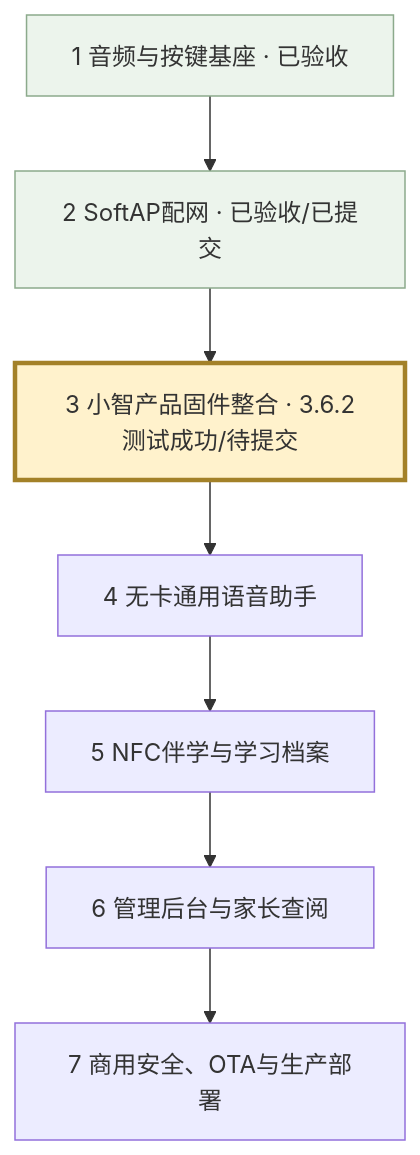
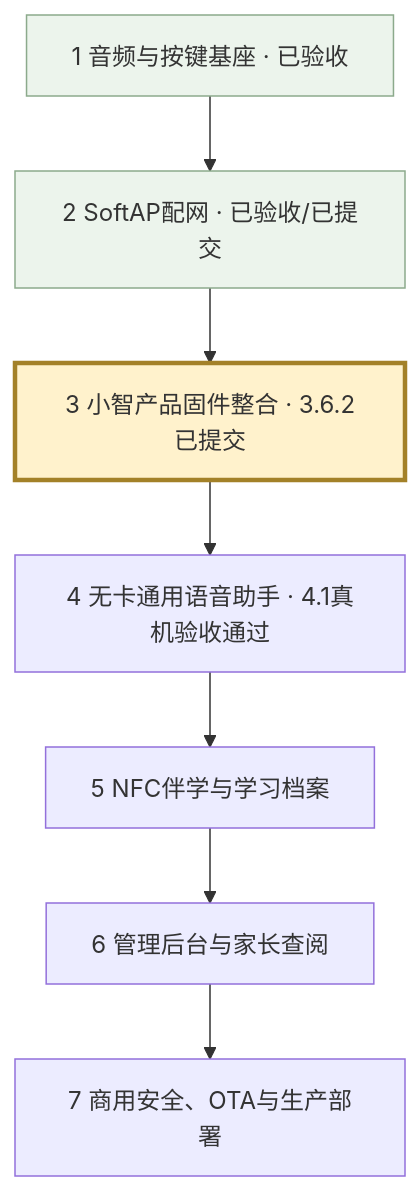
The diagram in stubuddy/firmware/speaker-selftest/DEVELOPMENT-ROADMAP.md (helper15901590/stubuddy), drawn with Mermaid before and after one commit. The commit also changed other lines of this file and 28 other files, not shown here.

````diff
--- a/stubuddy/firmware/speaker-selftest/DEVELOPMENT-ROADMAP.md
+++ b/stubuddy/firmware/speaker-selftest/DEVELOPMENT-ROADMAP.md
@@ -7,12 +7,12 @@
 ```mermaid
 flowchart TB
   A["1 音频与按键基座 · 已验收"] --> B["2 SoftAP配网 · 已验收/已提交"]
-  B --> C["3 小智产品固件整合 · 3.6.2测试成功/待提交"]
-  C --> D["4 无卡通用语音助手"]
+  B --> C["3 小智产品固件整合 · 3.6.2已提交"]
+  C --> D["4 无卡通用语音助手 · 4.1真机验收通过"]
   D --> E["5 NFC伴学与学习档案"]
   E --> F["6 管理后台与家长查阅"]
   F --> G["7 商用安全、OTA与生产部署"]
   style A fill:#ecf4ec,stroke:#8caa8c
   style B fill:#ecf4ec,stroke:#8caa8c
   style C fill:#fff2cc,stroke:#a38128,stroke-width:3px
 ```
````
